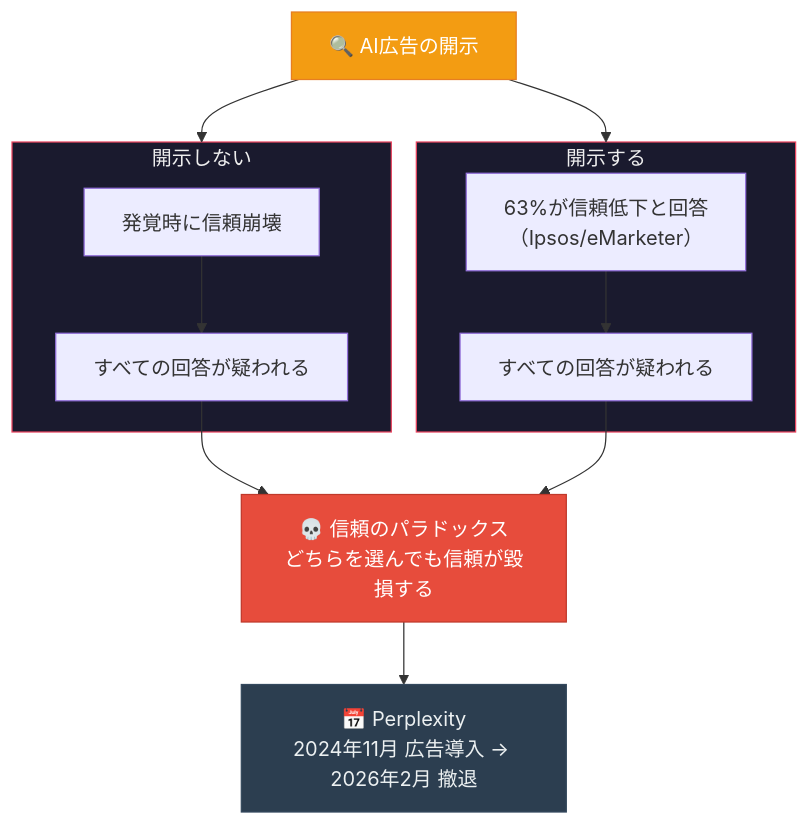
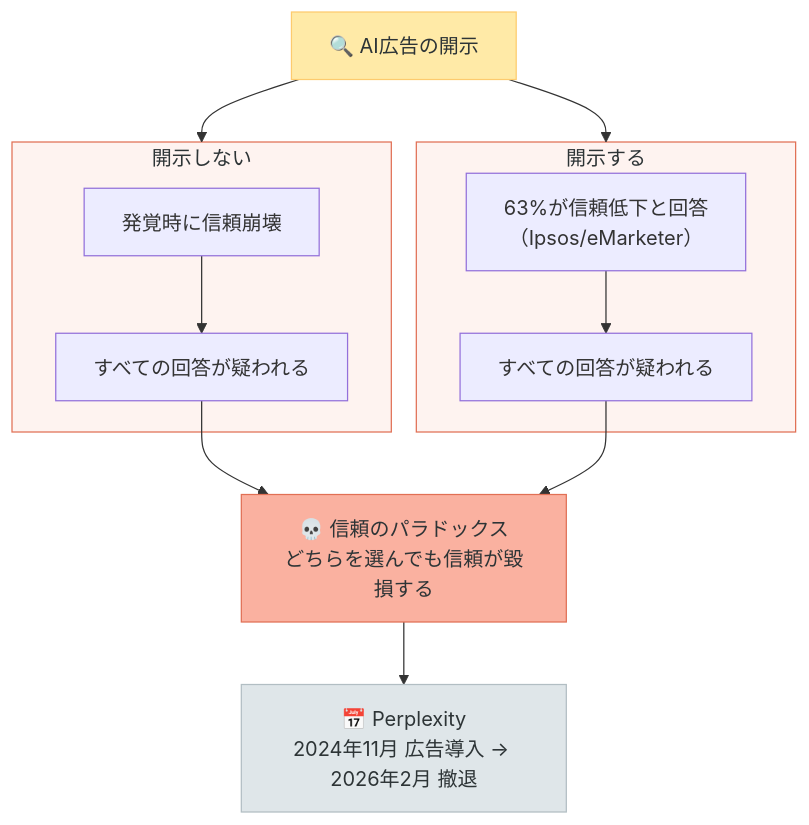
Before and after one commit to Leading-AI-IO/advertising-redesigned: the fourth of 9 diagrams in docs/jp/advertising_redesigned_jp.md, drawn with Mermaid. The commit also changed other lines of this file, not shown here.

````diff
--- a/docs/jp/advertising_redesigned_jp.md
+++ b/docs/jp/advertising_redesigned_jp.md
@@ -559,28 +559,28 @@
 ```mermaid
 flowchart TB
     CENTER["🔍 AI広告の開示"]
 
     CENTER --> LEFT_PATH
     CENTER --> RIGHT_PATH
 
     subgraph LEFT_PATH["開示しない"]
         L1["発覚時に信頼崩壊"] --> L2["すべての回答が疑われる"]
     end
 
     subgraph RIGHT_PATH["開示する"]
         R1["63%が信頼低下と回答\n（Ipsos/eMarketer）"] --> R2["すべての回答が疑われる"]
     end
 
     L2 --> RESULT["💀 信頼のパラドックス\nどちらを選んでも信頼が毀損する"]
     R2 --> RESULT
 
     TIMELINE["📅 Perplexity\n2024年11月 広告導入 → 2026年2月 撤退"]
 
     RESULT --> TIMELINE
 
-    style CENTER fill:#f39c12,stroke:#e67e22,color:#fff
-    style RESULT fill:#e74c3c,stroke:#c0392b,color:#fff
-    style TIMELINE fill:#2c3e50,stroke:#34495e,color:#ecf0f1
-    style LEFT_PATH fill:#1a1a2e,stroke:#e94560,color:#eee
-    style RIGHT_PATH fill:#1a1a2e,stroke:#e94560,color:#eee
+    style CENTER fill:#ffeaa7,stroke:#fdcb6e,color:#2d3436
+    style RESULT fill:#fab1a0,stroke:#e17055,color:#2d3436
+    style TIMELINE fill:#dfe6e9,stroke:#b2bec3,color:#2d3436
+    style LEFT_PATH fill:#fef3f0,stroke:#e17055,color:#2d3436
+    style RIGHT_PATH fill:#fef3f0,stroke:#e17055,color:#2d3436
 ```
````
